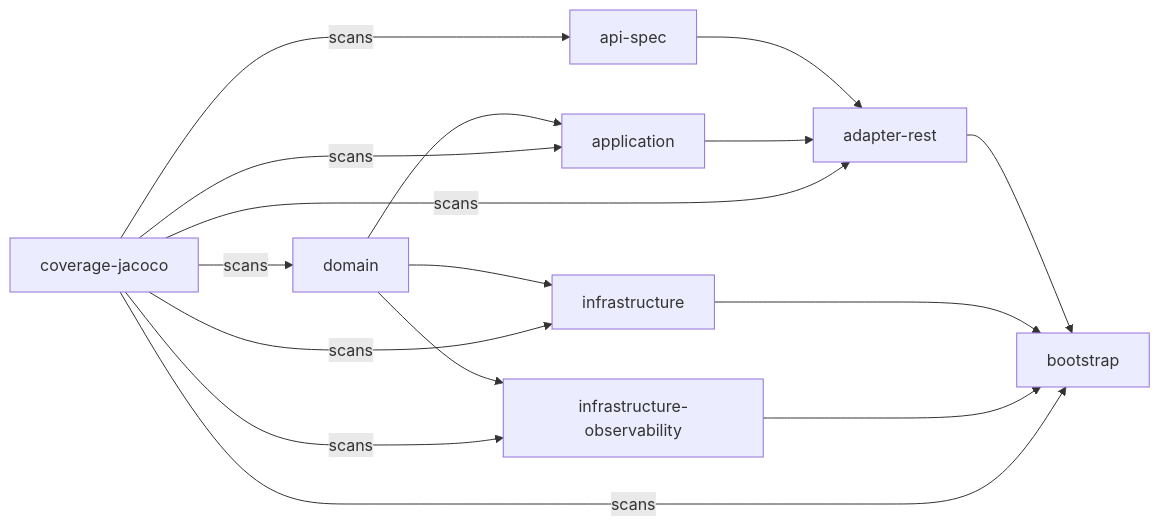
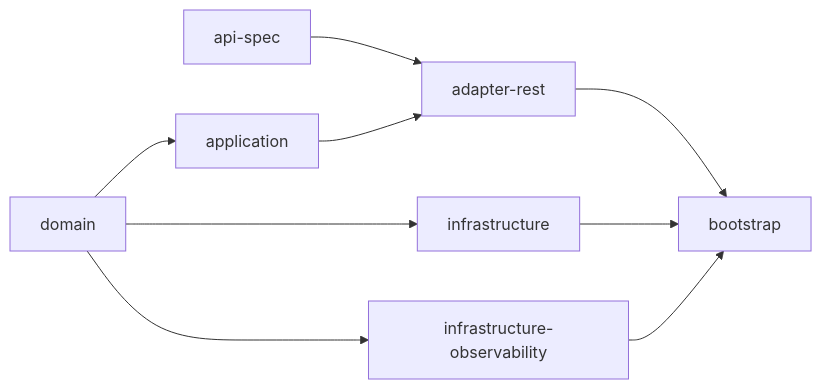
One commit to JuanPabloJimenezEsclusa/product-sorter changed the first of 3 diagrams in README.md. Above: the diagram before and after it, drawn with Mermaid. The commit also changed other lines of this file and 1 other file, not shown here.

Commit message:
docs: add architecture diagram (drawio + SVG) to README

````diff
--- a/README.md
+++ b/README.md
@@ -53,9 +53,8 @@
 ```mermaid
 flowchart LR
     api-spec --> adapter-rest
     domain --> application --> adapter-rest
     domain --> infrastructure
     domain --> infrastructure-observability
     adapter-rest & infrastructure & infrastructure-observability --> bootstrap
-    coverage-jacoco -->|scans| api-spec & domain & application & adapter-rest & infrastructure & infrastructure-observability & bootstrap
 ```
````
